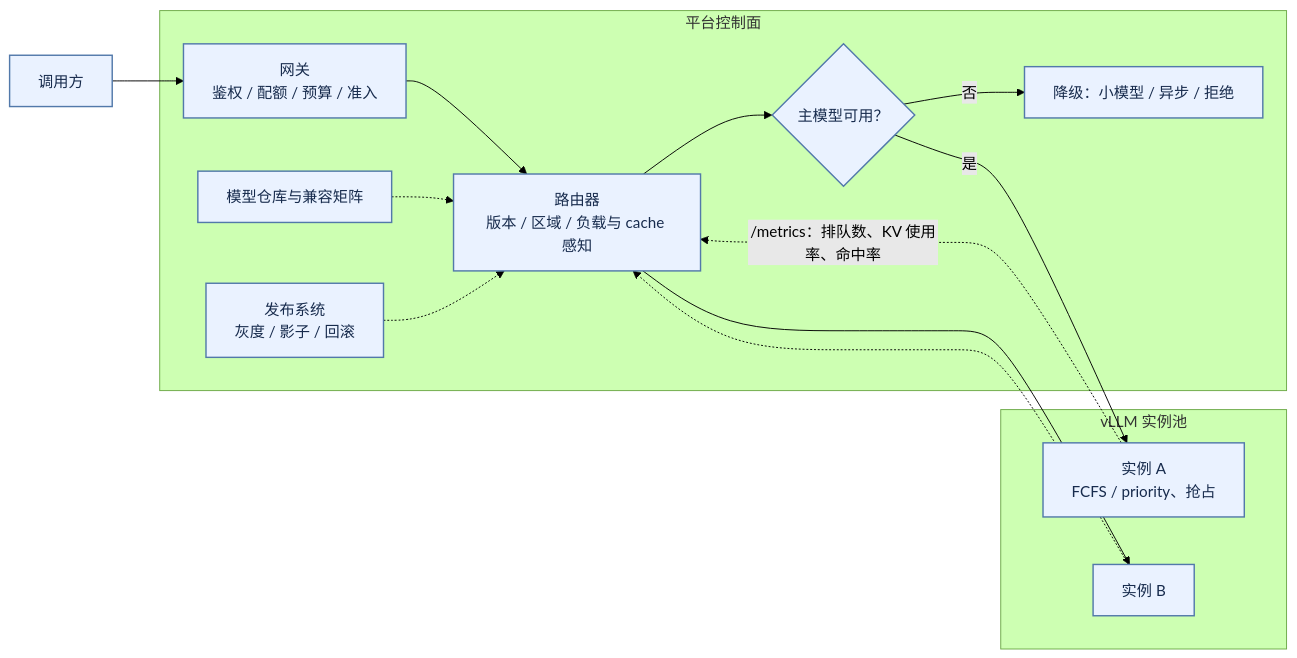
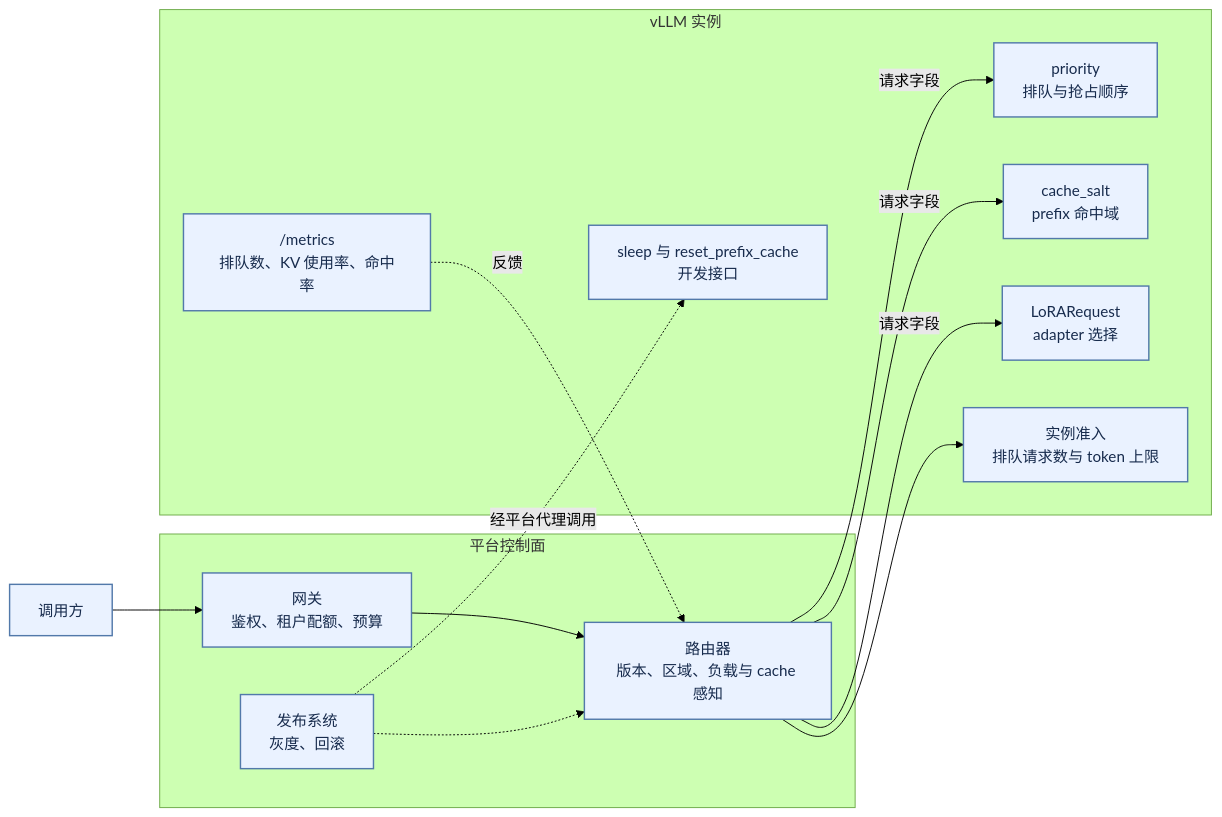
Diagram 13 of 18 in books/ai-book/src/part2/03-inference.md (wxquare/wxquare.github.io), drawn with Mermaid (forest theme) before and after one commit. The commit also changed other lines of this file and 4 other files, not shown here.

````diff
--- a/books/ai-book/src/part2/03-inference.md
+++ b/books/ai-book/src/part2/03-inference.md
@@ -1608,20 +689,23 @@
 ```mermaid
 flowchart LR
     U["调用方"] --> GW
     subgraph CP["平台控制面"]
-        GW["网关<br/>鉴权 / 配额 / 预算 / 准入"] --> RT["路由器<br/>版本 / 区域 / 负载与 cache 感知"]
-        RT --> DG{"主模型可用？"}
-        DG -- 否 --> FB["降级：小模型 / 异步 / 拒绝"]
-        REG["模型仓库与兼容矩阵"] -.-> RT
-        REL["发布系统<br/>灰度 / 影子 / 回滚"] -.-> RT
+        GW["网关<br/>鉴权、租户配额、预算"] --> RT["路由器<br/>版本、区域、负载与 cache 感知"]
+        REL["发布系统<br/>灰度、回滚"] -.-> RT
     end
-    DG -- 是 --> I1
-    subgraph DP["vLLM 实例池"]
-        I1["实例 A<br/>FCFS / priority、抢占"]
-        I2["实例 B"]
+    subgraph EN["vLLM 实例"]
+        H1["priority<br/>排队与抢占顺序"]
+        H2["cache_salt<br/>prefix 命中域"]
+        H3["LoRARequest<br/>adapter 选择"]
+        H4["实例准入<br/>排队请求数与 token 上限"]
+        H5["sleep 与 reset_prefix_cache<br/>开发接口"]
+        M["/metrics<br/>排队数、KV 使用率、命中率"]
     end
-    RT --> I2
-    I1 -.->|"/metrics：排队数、KV 使用率、命中率"| RT
-    I2 -.-> RT
+    RT -->|"请求字段"| H1
+    RT -->|"请求字段"| H2
+    RT -->|"请求字段"| H3
+    RT --> H4
+    REL -.->|"经平台代理调用"| H5
+    M -.->|"反馈"| RT
     classDef default fill:#eaf2ff,stroke:#5279aa,stroke-width:1.5px,color:#172b4d;
 ```
````
